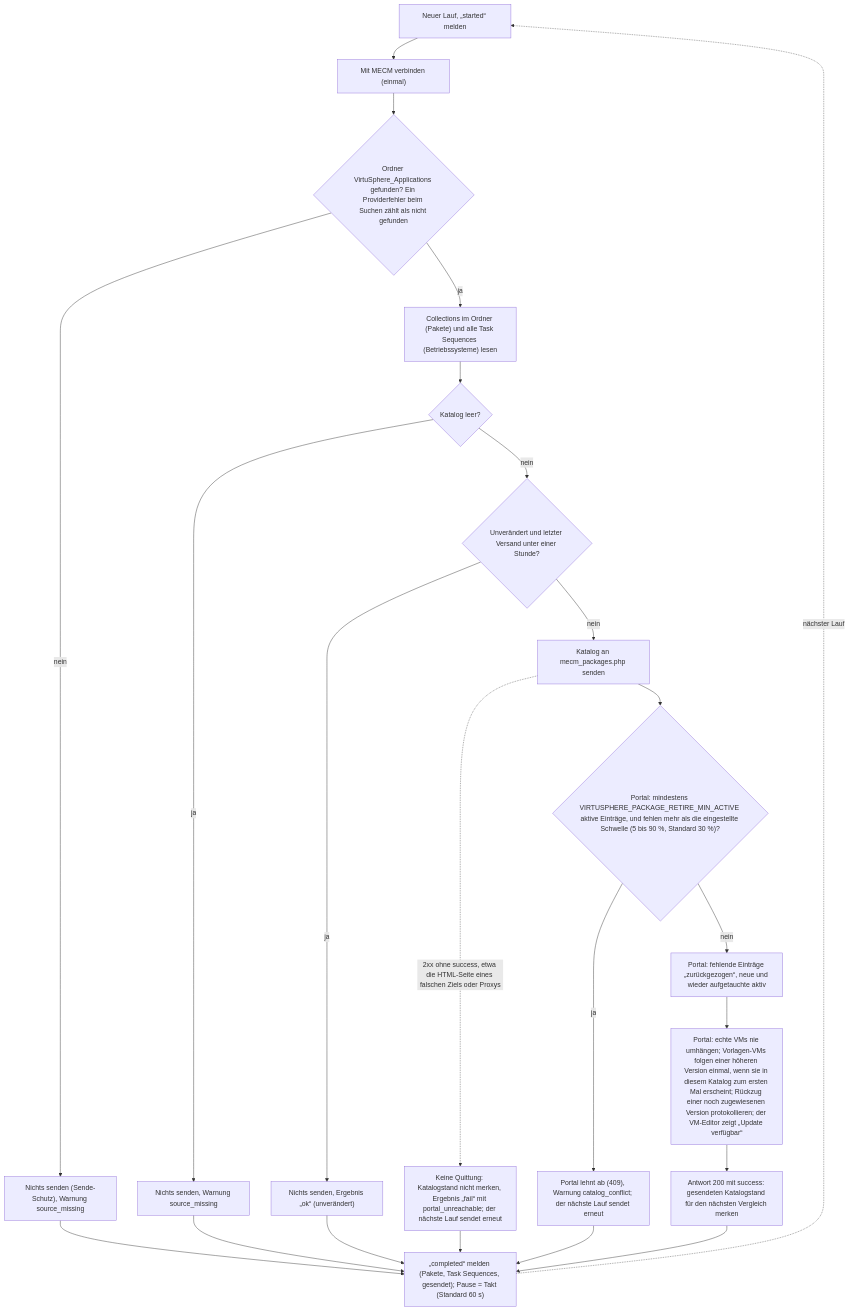
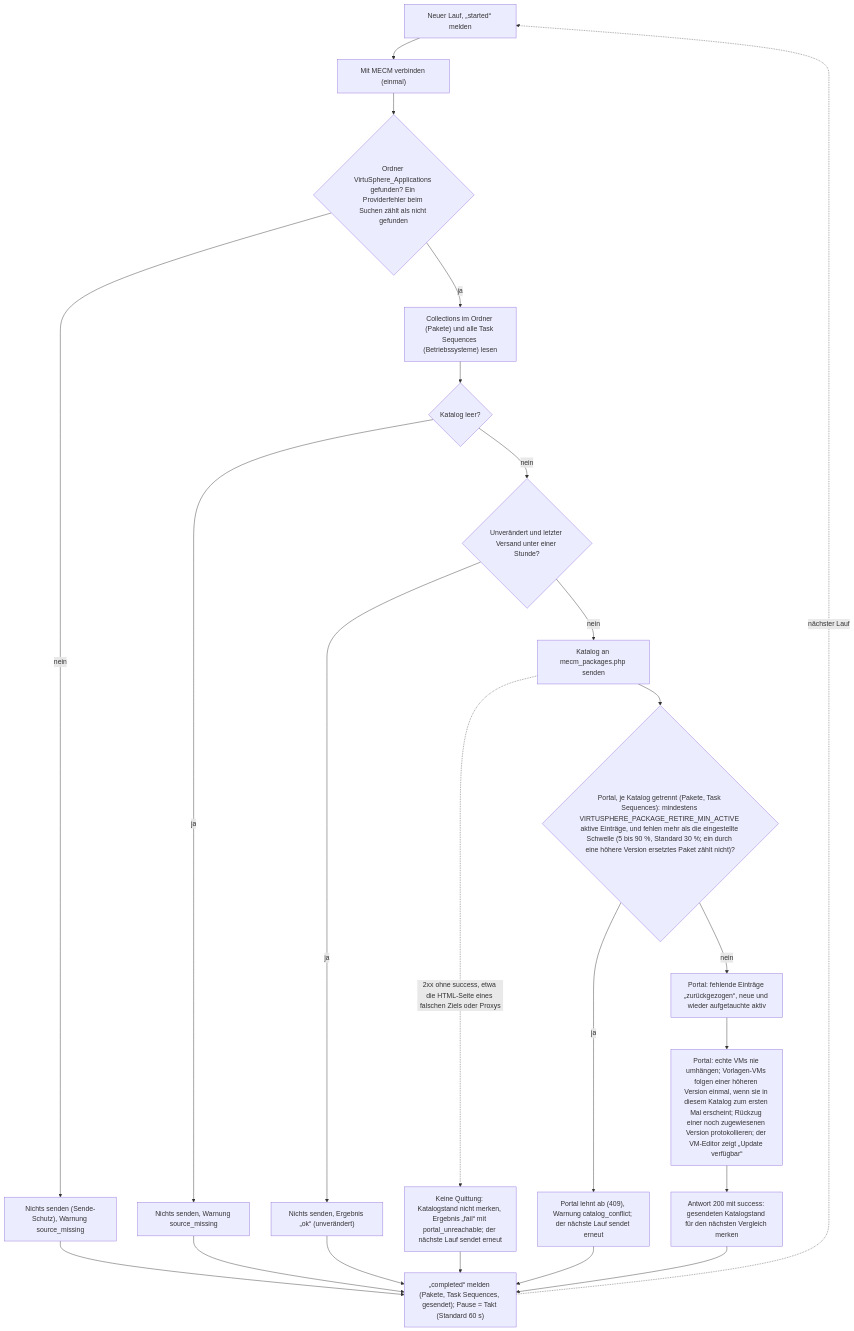
Before and after one commit to Samy94M/VirtuSphere-v2-WebApp: the third of 5 diagrams in docs/operations/mecm-scheduled-tasks.md, drawn with Mermaid. The commit also changed other lines of this file and 12 other files, not shown here.

First line of the commit message:
TS1-K1: align operations docs and diagrams with the code after the text audit

````diff
--- a/docs/operations/mecm-scheduled-tasks.md
+++ b/docs/operations/mecm-scheduled-tasks.md
@@ -93,20 +93,20 @@
 ```mermaid
 flowchart TD
   S["Neuer Lauf, „started“ melden"] --> M["Mit MECM verbinden (einmal)"]
   M --> F{"Ordner VirtuSphere_Applications gefunden? Ein Providerfehler beim Suchen zählt als nicht gefunden"}
   F -->|nein| F1["Nichts senden (Sende-Schutz), Warnung source_missing"] --> R
   F -->|ja| K["Collections im Ordner (Pakete) und alle Task Sequences (Betriebssysteme) lesen"]
   K --> E{"Katalog leer?"}
   E -->|ja| E1["Nichts senden, Warnung source_missing"] --> R
   E -->|nein| U{"Unverändert und letzter Versand unter einer Stunde?"}
   U -->|ja| U1["Nichts senden, Ergebnis „ok“ (unverändert)"] --> R
   U -->|nein| P["Katalog an mecm_packages.php senden"]
   P -.->|2xx ohne success, etwa die HTML-Seite eines falschen Ziels oder Proxys| P1["Keine Quittung: Katalogstand nicht merken, Ergebnis „fail“ mit portal_unreachable; der nächste Lauf sendet erneut"] --> R
-  P --> T{"Portal: mindestens VIRTUSPHERE_PACKAGE_RETIRE_MIN_ACTIVE aktive Einträge, und fehlen mehr als die eingestellte Schwelle (5 bis 90 %, Standard 30 %)?"}
+  P --> T{"Portal, je Katalog getrennt (Pakete, Task Sequences): mindestens VIRTUSPHERE_PACKAGE_RETIRE_MIN_ACTIVE aktive Einträge, und fehlen mehr als die eingestellte Schwelle (5 bis 90 %, Standard 30 %; ein durch eine höhere Version ersetztes Paket zählt nicht)?"}
   T -->|ja| T1["Portal lehnt ab (409), Warnung catalog_conflict; der nächste Lauf sendet erneut"] --> R
   T -->|nein| RT["Portal: fehlende Einträge „zurückgezogen“, neue und wieder aufgetauchte aktiv"]
   RT --> RL["Portal: echte VMs nie umhängen; Vorlagen-VMs folgen einer höheren Version einmal, wenn sie in diesem Katalog zum ersten Mal erscheint; Rückzug einer noch zugewiesenen Version protokollieren; der VM-Editor zeigt „Update verfügbar“"]
   RL --> H["Antwort 200 mit success: gesendeten Katalogstand für den nächsten Vergleich merken"]
   H --> R["„completed“ melden (Pakete, Task Sequences, gesendet); Pause = Takt (Standard 60 s)"]
   R -.->|nächster Lauf| S
 ```
````
